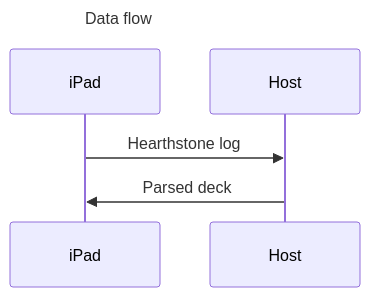
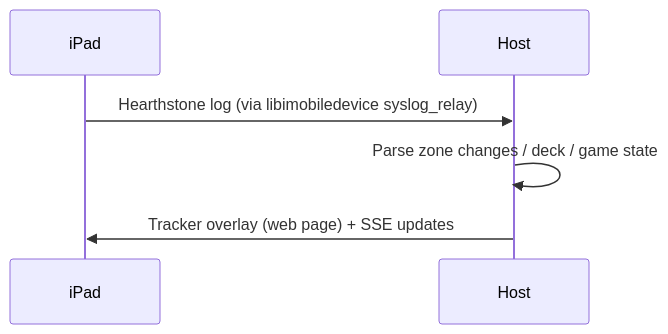
The diagram in README.md (HCGStudio/PaddingStove), drawn with Mermaid before and after one commit. The commit also changed other lines of this file and 40 other files, not shown here.

````diff
--- a/README.md
+++ b/README.md
@@ -80,9 +11,6 @@
 ```mermaid
----
-title: Data flow
----
 sequenceDiagram
-	iPad->>Host: Hearthstone log
-	Host->>iPad: Parsed deck
-
+    iPad->>Host: Hearthstone log (via libimobiledevice syslog_relay)
+    Host->>Host: Parse zone changes / deck / game state
+    Host->>iPad: Tracker overlay (web page) + SSE updates
 ```
````
